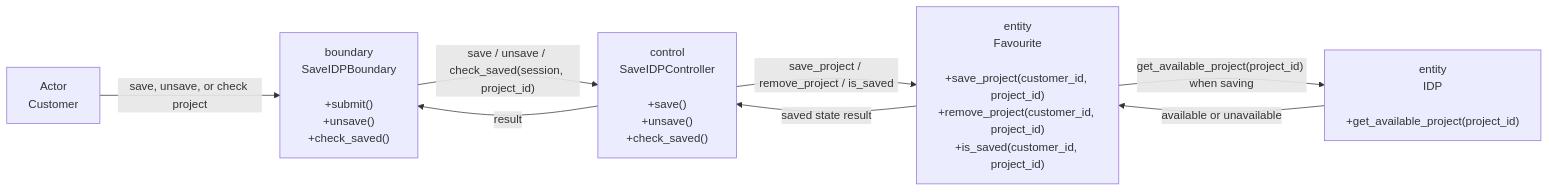
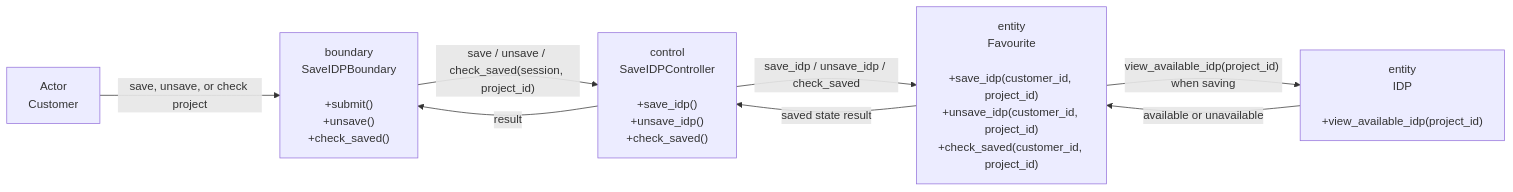
Before and after one commit to boyinapuddle/CSIT314-Chinese: the first of 2 diagrams in diagrams/US32_Save_or_Unsave_IDP/README.md, drawn with Mermaid. The commit also changed other lines of this file and 140 other files, not shown here.

````diff
--- a/diagrams/US32_Save_or_Unsave_IDP/README.md
+++ b/diagrams/US32_Save_or_Unsave_IDP/README.md
@@ -5,15 +5,15 @@
 ```mermaid
 flowchart LR
     N0["Actor<br/>Customer"]
     N1["boundary<br/>SaveIDPBoundary<br/><br/>+submit()<br/>+unsave()<br/>+check_saved()"]
-    N2["control<br/>SaveIDPController<br/><br/>+save()<br/>+unsave()<br/>+check_saved()"]
-    N3["entity<br/>Favourite<br/><br/>+save_project(customer_id, project_id)<br/>+remove_project(customer_id, project_id)<br/>+is_saved(customer_id, project_id)"]
-    N4["entity<br/>IDP<br/><br/>+get_available_project(project_id)"]
+    N2["control<br/>SaveIDPController<br/><br/>+save_idp()<br/>+unsave_idp()<br/>+check_saved()"]
+    N3["entity<br/>Favourite<br/><br/>+save_idp(customer_id, project_id)<br/>+unsave_idp(customer_id, project_id)<br/>+check_saved(customer_id, project_id)"]
+    N4["entity<br/>IDP<br/><br/>+view_available_idp(project_id)"]
     N0 -->|"save, unsave, or check project"| N1
     N1 -->|"save / unsave / check_saved(session, project_id)"| N2
-    N2 -->|"save_project / remove_project / is_saved"| N3
-    N3 -->|"get_available_project(project_id) when saving"| N4
+    N2 -->|"save_idp / unsave_idp / check_saved"| N3
+    N3 -->|"view_available_idp(project_id) when saving"| N4
     N4 -->|"available or unavailable"| N3
     N3 -->|"saved state result"| N2
     N2 -->|"result"| N1
 ```
````
